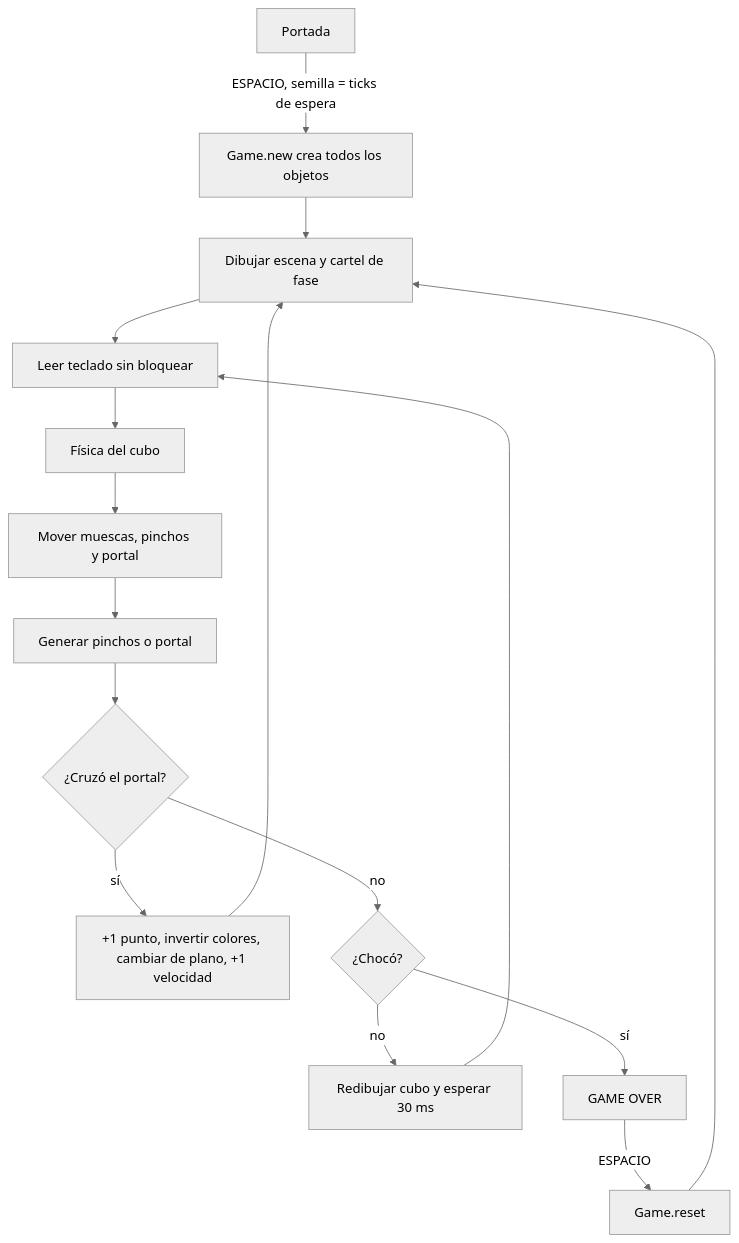
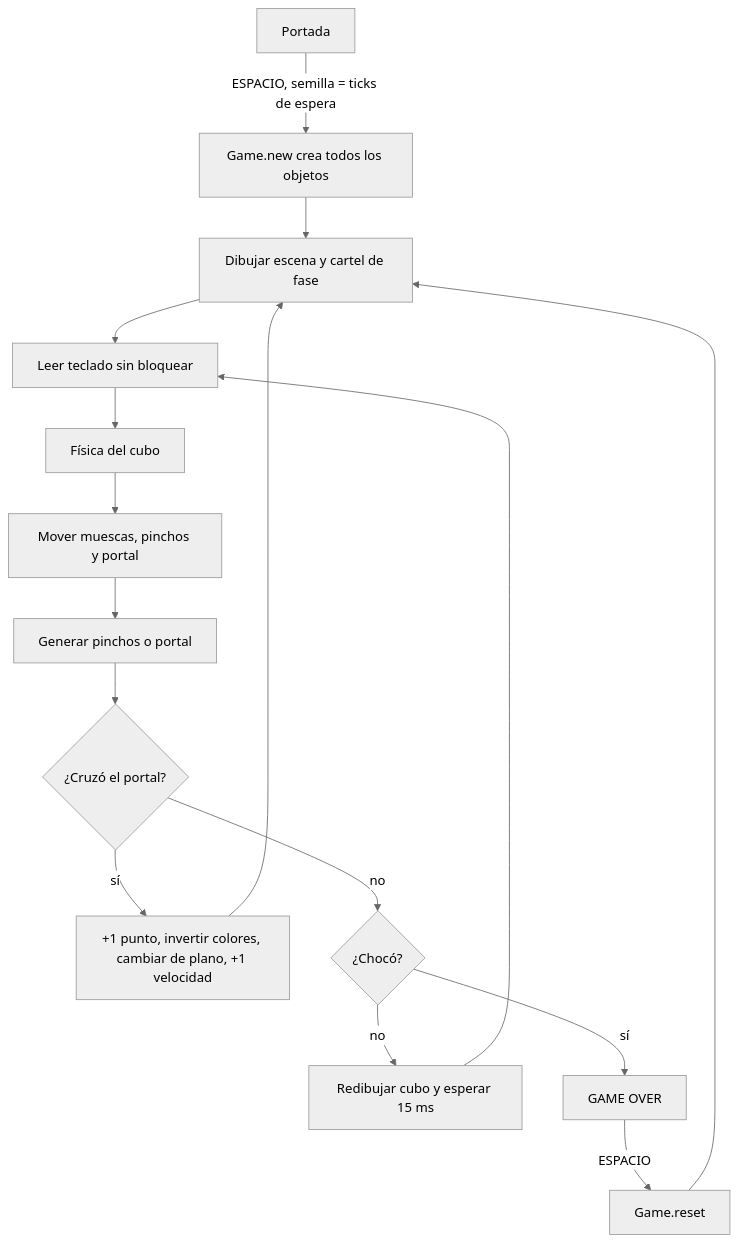
One commit to DParraP-dev/N2T_GeometryHASH_ORG changed the second of 2 diagrams in docs/ARQUITECTURA.md. Above: the diagram before and after it, drawn with Mermaid (neutral theme).

Commit message:
Document the 15 ms tick

````diff
--- a/docs/ARQUITECTURA.md
+++ b/docs/ARQUITECTURA.md
@@ -53,16 +53,16 @@
 ```mermaid
 flowchart TD
     A[Portada] -->|ESPACIO, semilla = ticks de espera| B[Game.new crea todos los objetos]
     B --> C[Dibujar escena y cartel de fase]
     C --> D[Leer teclado sin bloquear]
     D --> E[Física del cubo]
     E --> F[Mover muescas, pinchos y portal]
     F --> G[Generar pinchos o portal]
     G --> H{¿Cruzó el portal?}
     H -->|sí| I[+1 punto, invertir colores, cambiar de plano, +1 velocidad]
     I --> C
     H -->|no| J{¿Chocó?}
-    J -->|no| K[Redibujar cubo y esperar 30 ms] --> D
+    J -->|no| K[Redibujar cubo y esperar 15 ms] --> D
     J -->|sí| L[GAME OVER]
     L -->|ESPACIO| M[Game.reset] --> C
 ```
````
